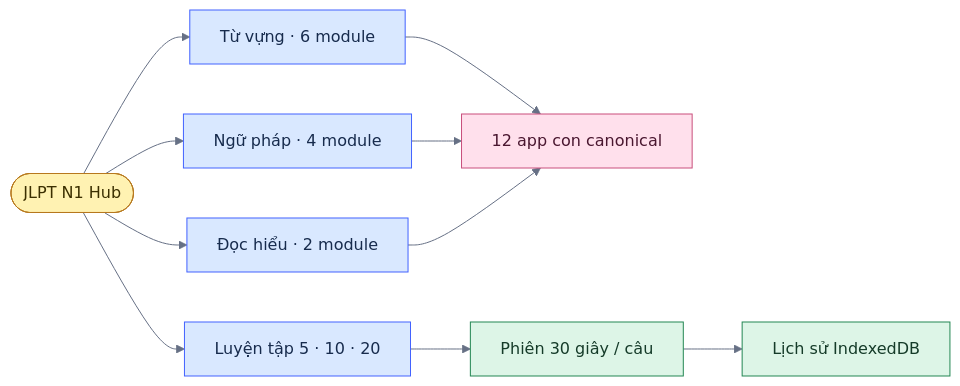
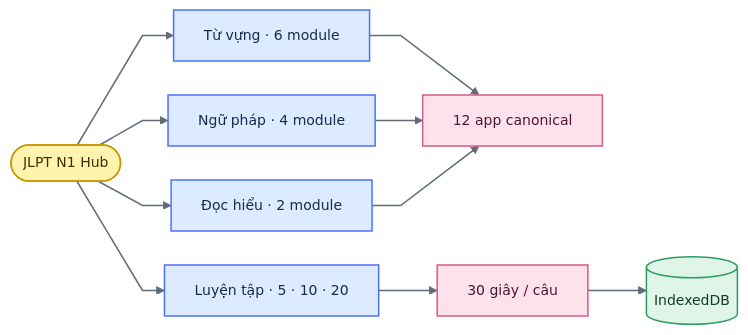
The diagram in apps/jlpt-n1/design-qa.md (thangldw/thangldw.github.io), drawn with Mermaid before and after one commit. The commit also changed other lines of this file and 7 other files, not shown here.

Commit message:
docs: clean repository guides and diagrams

````diff
--- a/apps/jlpt-n1/design-qa.md
+++ b/apps/jlpt-n1/design-qa.md
@@ -11,23 +11,23 @@
 ```mermaid
-%%{init: {"theme":"base","themeVariables":{"fontFamily":"Inter, Arial, sans-serif","lineColor":"#667085","primaryTextColor":"#172B4D"}}}%%
+%%{init: {"theme":"base","flowchart":{"curve":"linear","nodeSpacing":34,"rankSpacing":44},"themeVariables":{"fontFamily":"Inter, Arial, sans-serif","fontSize":"14px","lineColor":"#5F6B7A","primaryTextColor":"#1F2937","clusterBkg":"#FFFFFF","clusterBorder":"#CBD5E1"}}}%%
 flowchart LR
   Hub(["JLPT N1 Hub"]) --> Vocabulary["Từ vựng · 6 module"]
   Hub --> Grammar["Ngữ pháp · 4 module"]
   Hub --> Reading["Đọc hiểu · 2 module"]
-  Hub --> Practice["Luyện tập 5 · 10 · 20"]
+  Vocabulary --> Apps["12 app canonical"]
+  Grammar --> Apps
+  Reading --> Apps
+  Hub --> Practice["Luyện tập · 5 · 10 · 20"]
+  Practice --> Session["30 giây / câu"]
+  Session --> History[("IndexedDB")]
 
-  Vocabulary --> Child["12 app con canonical"]
-  Grammar --> Child
-  Reading --> Child
-  Practice --> Session["Phiên 30 giây / câu"]
-  Session --> History["Lịch sử IndexedDB"]
-
-  classDef yellow fill:#FFF2B2,stroke:#B7791F,color:#3B2F00,stroke-width:1px;
-  classDef blue fill:#D9E8FF,stroke:#4262FF,color:#172B4D,stroke-width:1px;
-  classDef green fill:#DDF5E7,stroke:#238653,color:#153B29,stroke-width:1px;
-  classDef pink fill:#FFE0EC,stroke:#C94F7C,color:#4A1730,stroke-width:1px;
-  class Hub yellow;
-  class Vocabulary,Grammar,Reading,Practice blue;
-  class Child pink;
-  class Session,History green;
+  classDef stickyYellow fill:#FFF3B0,stroke:#C99700,color:#3D2F00,stroke-width:1.5px;
+  classDef stickyBlue fill:#DCEBFF,stroke:#4C6FFF,color:#172B4D,stroke-width:1.5px;
+  classDef stickyPink fill:#FFE1EC,stroke:#D65A87,color:#4A1730,stroke-width:1.5px;
+  classDef stickyGreen fill:#DFF5E8,stroke:#2D9D62,color:#153B29,stroke-width:1.5px;
+  class Hub stickyYellow;
+  class Vocabulary,Grammar,Reading,Practice stickyBlue;
+  class Apps,Session stickyPink;
+  class History stickyGreen;
+  linkStyle default stroke:#5F6B7A,stroke-width:1.5px;
 ```
````
